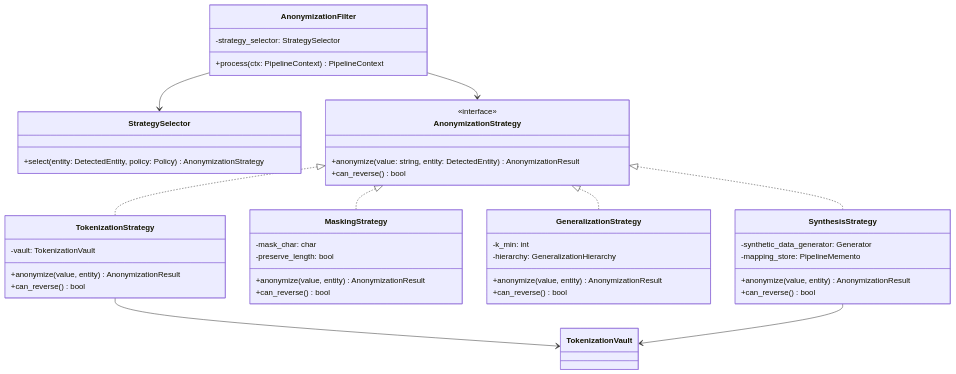
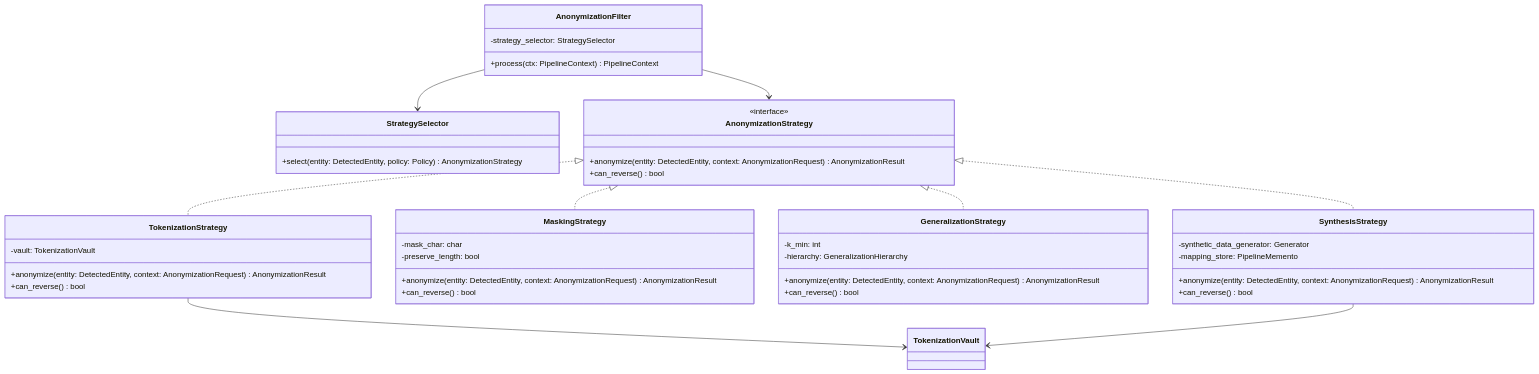
The third of 14 diagrams in ARCHITECTURE.md (gniewekk/Privacy-Preserving-Context-Pipeline-for-LLMs-DP), drawn with Mermaid before and after one commit. The commit also changed other lines of this file and 12 other files, not shown here.

````diff
--- a/ARCHITECTURE.md
+++ b/ARCHITECTURE.md
@@ -170,47 +170,47 @@
 ```mermaid
 classDiagram
     class AnonymizationFilter {
         -strategy_selector: StrategySelector
         +process(ctx: PipelineContext) PipelineContext
     }
     class StrategySelector {
         +select(entity: DetectedEntity, policy: Policy) AnonymizationStrategy
     }
     class AnonymizationStrategy {
         <<interface>>
-        +anonymize(value: string, entity: DetectedEntity) AnonymizationResult
+        +anonymize(entity: DetectedEntity, context: AnonymizationRequest) AnonymizationResult
         +can_reverse() bool
     }
     class TokenizationStrategy {
         -vault: TokenizationVault
-        +anonymize(value, entity) AnonymizationResult
+        +anonymize(entity: DetectedEntity, context: AnonymizationRequest) AnonymizationResult
         +can_reverse() bool
     }
     class MaskingStrategy {
         -mask_char: char
         -preserve_length: bool
-        +anonymize(value, entity) AnonymizationResult
+        +anonymize(entity: DetectedEntity, context: AnonymizationRequest) AnonymizationResult
         +can_reverse() bool
     }
     class GeneralizationStrategy {
         -k_min: int
         -hierarchy: GeneralizationHierarchy
-        +anonymize(value, entity) AnonymizationResult
+        +anonymize(entity: DetectedEntity, context: AnonymizationRequest) AnonymizationResult
         +can_reverse() bool
     }
     class SynthesisStrategy {
         -synthetic_data_generator: Generator
         -mapping_store: PipelineMemento
-        +anonymize(value, entity) AnonymizationResult
+        +anonymize(entity: DetectedEntity, context: AnonymizationRequest) AnonymizationResult
         +can_reverse() bool
     }
 
     AnonymizationFilter --> StrategySelector
     AnonymizationFilter --> AnonymizationStrategy
     AnonymizationStrategy <|.. TokenizationStrategy
     AnonymizationStrategy <|.. MaskingStrategy
     AnonymizationStrategy <|.. GeneralizationStrategy
     AnonymizationStrategy <|.. SynthesisStrategy
     TokenizationStrategy --> TokenizationVault
     SynthesisStrategy --> TokenizationVault
 ```
````
